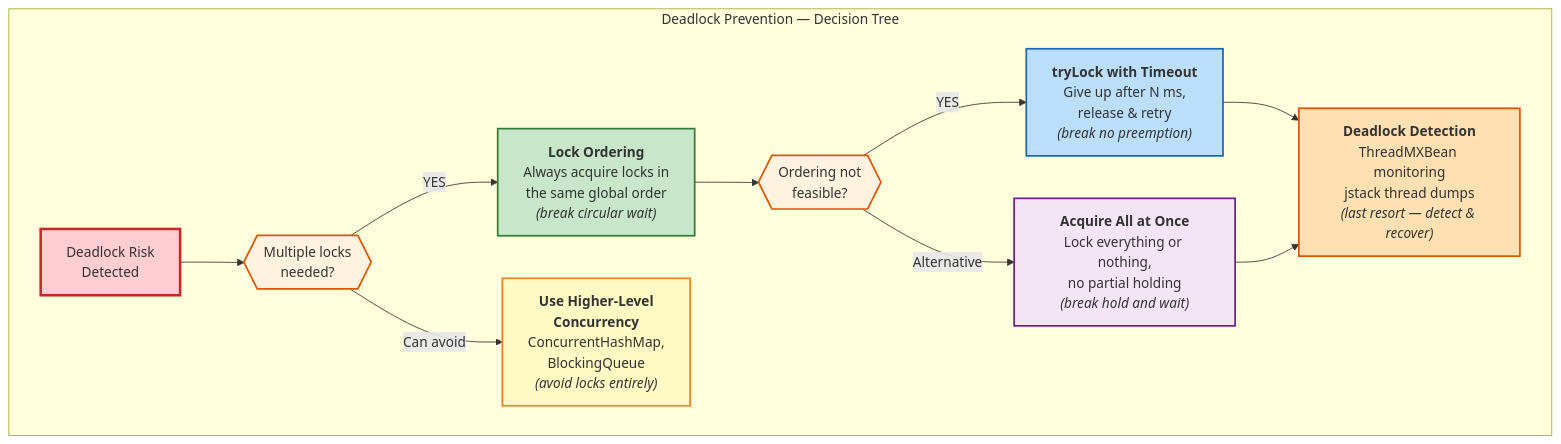
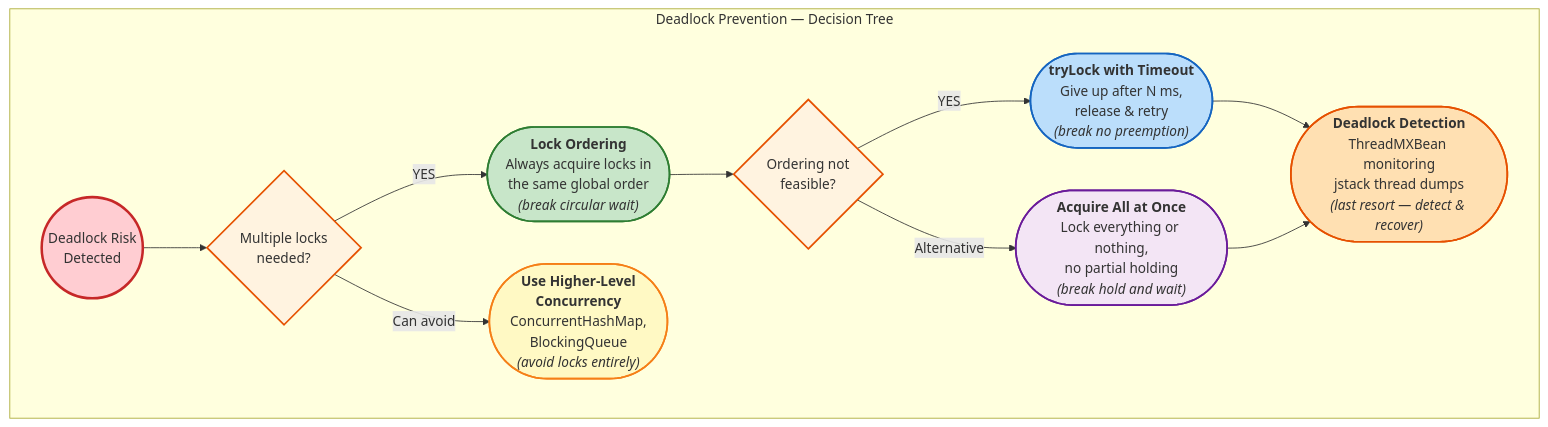
The second of 2 diagrams in docs/java/deadlocks.md (saivamsikaruturi/vamsilabs-dev-notes-main), drawn with Mermaid before and after one commit. The commit also changed other lines of this file and 146 other files, not shown here.

Commit message:
Horizontal diagrams, UML class diagrams, typography overhaul, and permalink cleanup

````diff
--- a/docs/java/deadlocks.md
+++ b/docs/java/deadlocks.md
@@ -105,26 +106,27 @@
 ```mermaid
-flowchart TD
+flowchart LR
     subgraph PreventionTree["Deadlock Prevention — Decision Tree"]
-        START["Deadlock Risk<br/>Detected"] --> Q1{{"Multiple locks<br/>needed?"}}
+        direction LR
+        START(("Deadlock Risk<br/>Detected")) --> Q1{"Multiple locks<br/>needed?"}
 
-        Q1 -->|"YES"| S1["<b>Lock Ordering</b><br/>Always acquire locks in<br/>the same global order<br/><i>(break circular wait)</i>"]
-        Q1 -->|"Can avoid"| S4["<b>Use Higher-Level<br/>Concurrency</b><br/>ConcurrentHashMap,<br/>BlockingQueue<br/><i>(avoid locks entirely)</i>"]
+        Q1 -->|"YES"| S1(["<b>Lock Ordering</b><br/>Always acquire locks in<br/>the same global order<br/><i>(break circular wait)</i>"])
+        Q1 -->|"Can avoid"| S4(["<b>Use Higher-Level<br/>Concurrency</b><br/>ConcurrentHashMap,<br/>BlockingQueue<br/><i>(avoid locks entirely)</i>"])
 
-        S1 --> Q2{{"Ordering not<br/>feasible?"}}
+        S1 --> Q2{"Ordering not<br/>feasible?"}
 
-        Q2 -->|"YES"| S2["<b>tryLock with Timeout</b><br/>Give up after N ms,<br/>release & retry<br/><i>(break no preemption)</i>"]
-        Q2 -->|"Alternative"| S3["<b>Acquire All at Once</b><br/>Lock everything or nothing,<br/>no partial holding<br/><i>(break hold and wait)</i>"]
+        Q2 -->|"YES"| S2(["<b>tryLock with Timeout</b><br/>Give up after N ms,<br/>release & retry<br/><i>(break no preemption)</i>"])
+        Q2 -->|"Alternative"| S3(["<b>Acquire All at Once</b><br/>Lock everything or nothing,<br/>no partial holding<br/><i>(break hold and wait)</i>"])
 
-        S2 --> DETECT["<b>Deadlock Detection</b><br/>ThreadMXBean monitoring<br/>jstack thread dumps<br/><i>(last resort — detect & recover)</i>"]
+        S2 --> DETECT(["<b>Deadlock Detection</b><br/>ThreadMXBean monitoring<br/>jstack thread dumps<br/><i>(last resort — detect & recover)</i>"])
         S3 --> DETECT
     end
 
     style START fill:#ffcdd2,stroke:#c62828,stroke-width:3px
     style Q1 fill:#fff3e0,stroke:#e65100,stroke-width:2px
     style Q2 fill:#fff3e0,stroke:#e65100,stroke-width:2px
     style S1 fill:#c8e6c9,stroke:#2e7d32,stroke-width:2px
     style S2 fill:#bbdefb,stroke:#1565c0,stroke-width:2px
     style S3 fill:#f3e5f5,stroke:#6a1b9a,stroke-width:2px
     style S4 fill:#fff9c4,stroke:#f57f17,stroke-width:2px
     style DETECT fill:#ffe0b2,stroke:#e65100,stroke-width:2px
 ```
````
